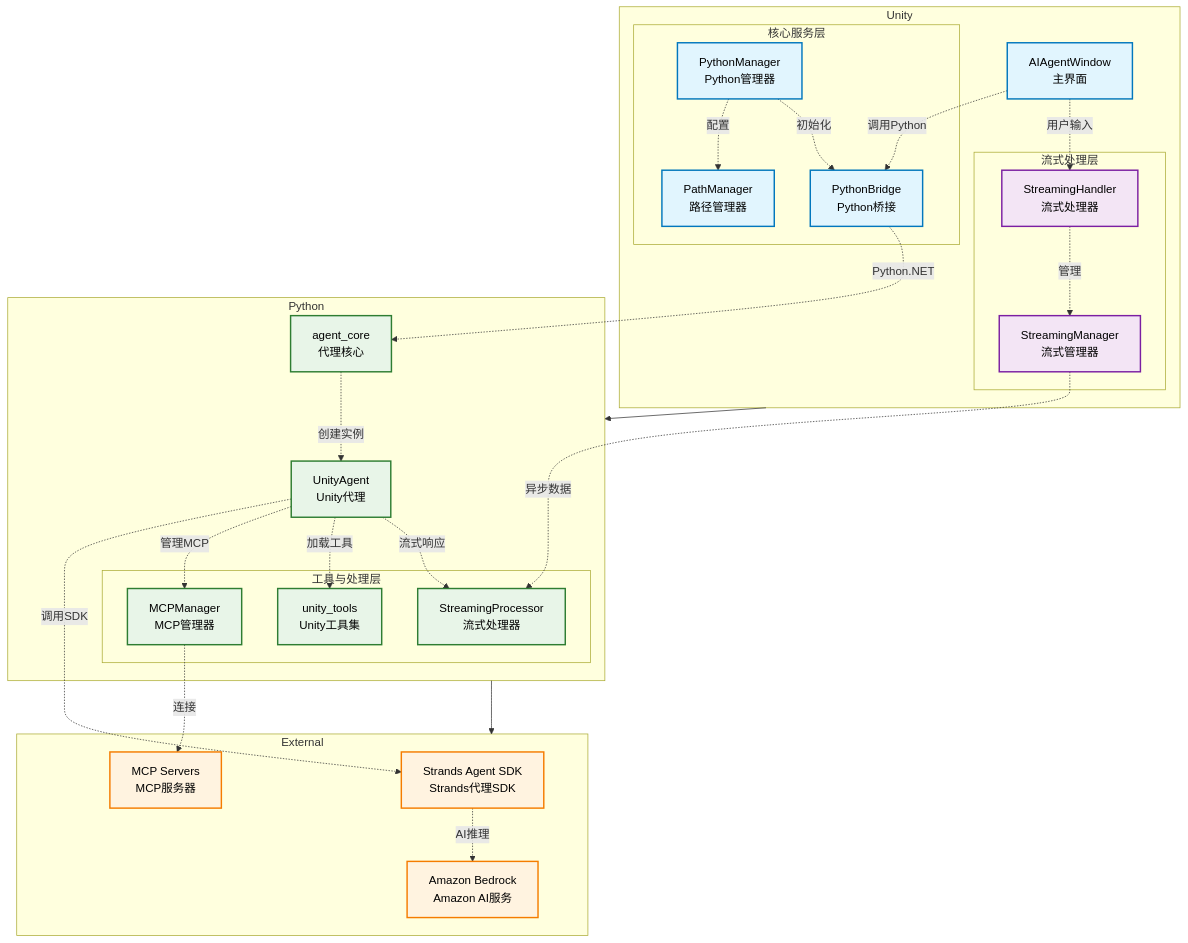
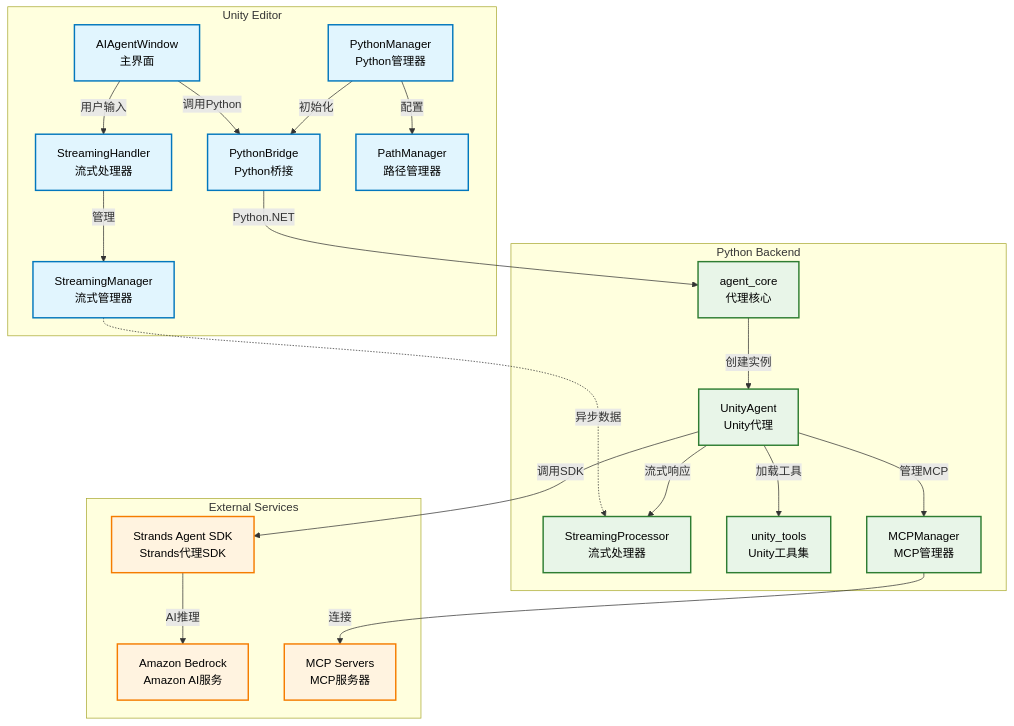
Before and after one commit to ddpie/unity-strands-agent: the first of 2 diagrams in README.md, drawn with Mermaid. The commit also changed other lines of this file, not shown here.

Commit message:
simplify architecture diagram to basic vertical layout
- Use simple 'graph TD' without complex nesting to ensure vertical rendering
- Remove nested subgraphs that were forcing horizontal layout
- Flatten component structure within each main section
- Keep clear Unity Editor -> Python Backend -> External Services flow
- Maintain color coding and component relationships
- Use straightforward mermaid syntax for reliable vertical display

````diff
--- a/README.md
+++ b/README.md
@@ -15,68 +15,48 @@
 ```mermaid
-flowchart TB
-    Unity["Unity Editor"]
-    Python["Python Backend"] 
-    External["External Services"]
-    
-    Unity --> Python
-    Python --> External
-    
-    subgraph Unity
+graph TD
+    subgraph "Unity Editor"
         UI[AIAgentWindow<br/>主界面]
-        
-        subgraph Streaming["流式处理层"]
-            SH[StreamingHandler<br/>流式处理器]
-            SM[StreamingManager<br/>流式管理器]
-        end
-        
-        subgraph Core["核心服务层"]
-            PB[PythonBridge<br/>Python桥接]
-            PM[PythonManager<br/>Python管理器]
-            PATH[PathManager<br/>路径管理器]
-        end
+        SH[StreamingHandler<br/>流式处理器]
+        SM[StreamingManager<br/>流式管理器]
+        PB[PythonBridge<br/>Python桥接]
+        PM[PythonManager<br/>Python管理器]
+        PATH[PathManager<br/>路径管理器]
     end
     
-    subgraph Python
+    subgraph "Python Backend"
         AC[agent_core<br/>代理核心]
         UA[UnityAgent<br/>Unity代理]
-        
-        subgraph Tools["工具与处理层"]
-            SP[StreamingProcessor<br/>流式处理器]
-            UT[unity_tools<br/>Unity工具集]
-            MM[MCPManager<br/>MCP管理器]
-        end
+        SP[StreamingProcessor<br/>流式处理器]
+        UT[unity_tools<br/>Unity工具集]
+        MM[MCPManager<br/>MCP管理器]
     end
     
-    subgraph External
+    subgraph "External Services"
         SDK[Strands Agent SDK<br/>Strands代理SDK]
         AWS[Amazon Bedrock<br/>Amazon AI服务]
         MCP[MCP Servers<br/>MCP服务器]
     end
     
-    %% 数据流
-    UI -.->|用户输入| SH
-    UI -.->|调用Python| PB
-    SH -.->|管理| SM
+    UI -->|用户输入| SH
+    UI -->|调用Python| PB
+    SH -->|管理| SM
     SM -.->|异步数据| SP
-    PM -.->|初始化| PB
-    PM -.->|配置| PATH
-    PB -.->|Python.NET| AC
-    AC -.->|创建实例| UA
-    UA -.->|流式响应| SP
-    UA -.->|加载工具| UT
-    UA -.->|管理MCP| MM
-    UA -.->|调用SDK| SDK
-    SDK -.->|AI推理| AWS
-    MM -.->|连接| MCP
+    PM -->|初始化| PB
+    PM -->|配置| PATH
+    PB -->|Python.NET| AC
+    AC -->|创建实例| UA
+    UA -->|流式响应| SP
+    UA -->|加载工具| UT
+    UA -->|管理MCP| MM
+    UA -->|调用SDK| SDK
+    SDK -->|AI推理| AWS
+    MM -->|连接| MCP
     
-    %% 样式定义
     classDef unityStyle fill:#e1f5fe,stroke:#0277bd,stroke-width:2px,color:#000
     classDef pythonStyle fill:#e8f5e8,stroke:#2e7d32,stroke-width:2px,color:#000
     classDef externalStyle fill:#fff3e0,stroke:#f57c00,stroke-width:2px,color:#000
-    classDef streamStyle fill:#f3e5f5,stroke:#7b1fa2,stroke-width:2px,color:#000
     
-    class UI,PB,PM,PATH unityStyle
-    class SH,SM streamStyle
+    class UI,SH,SM,PB,PM,PATH unityStyle
     class AC,UA,SP,UT,MM pythonStyle
     class SDK,AWS,MCP externalStyle
 ```
````
